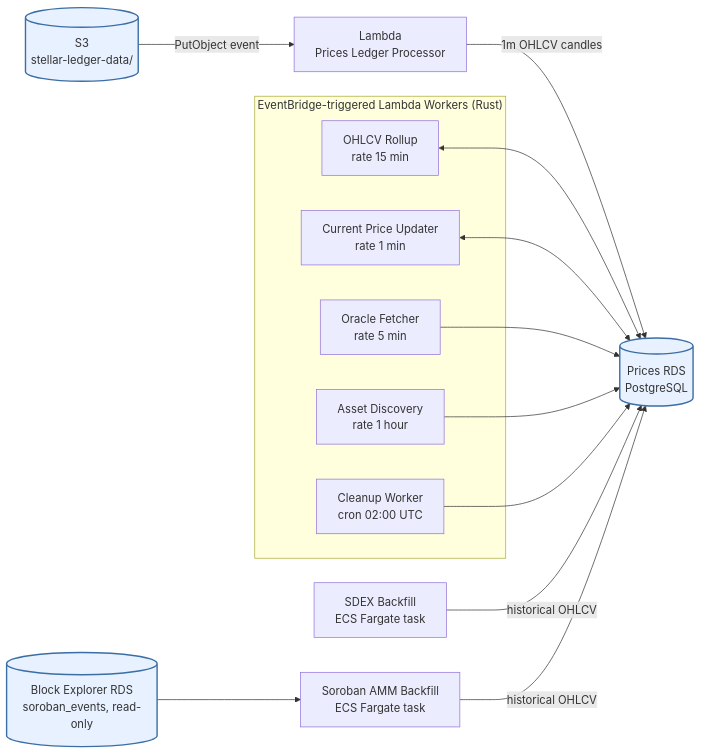
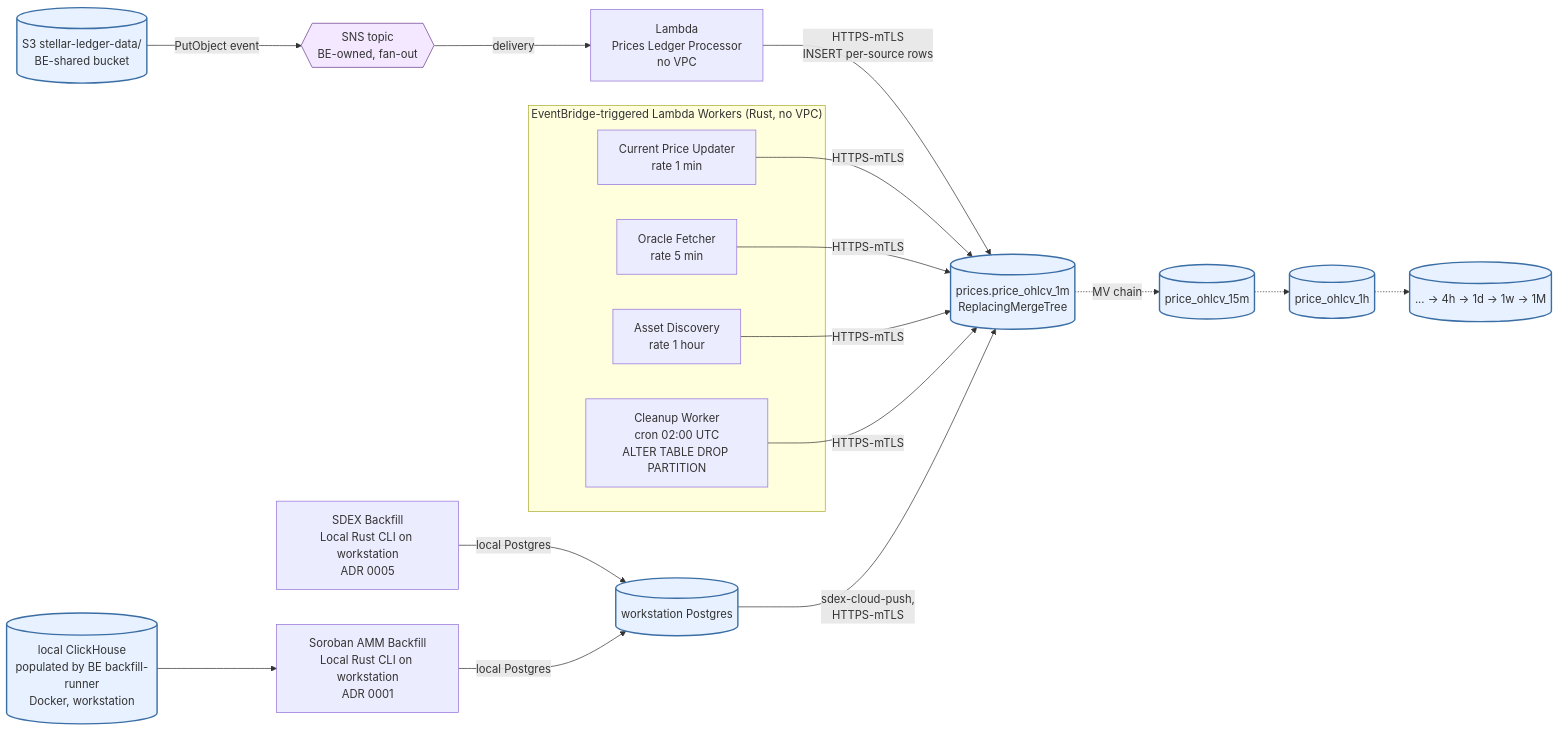
Before and after one commit to rumblefishdev/stellar-prices-api: the second of 13 diagrams in docs/database-schema/database-schema-overview.md, drawn with Mermaid. The commit also changed other lines of this file and 2 other files, not shown here.

First line of the commit message:
docs(lore-0049): rewrite database-schema/ for ADR 0007 (Hetzner CH)

````diff
--- a/docs/database-schema/database-schema-overview.md
+++ b/docs/database-schema/database-schema-overview.md
@@ -72,26 +96,31 @@
 ```mermaid
 flowchart LR
-    S3[(S3<br/>stellar-ledger-data/)] -->|PutObject event| PLP[Lambda<br/>Prices Ledger Processor]
-    PLP -->|1m OHLCV candles| RDS[(Prices RDS<br/>PostgreSQL)]
+    S3[(S3 stellar-ledger-data/<br/>BE-shared bucket)] -->|PutObject event| SNS{{SNS topic<br/>BE-owned, fan-out}}
+    SNS -->|delivery| PLP[Lambda<br/>Prices Ledger Processor<br/>no VPC]
+    PLP -->|HTTPS-mTLS<br/>INSERT per-source rows| CH[(prices.price_ohlcv_1m<br/>ReplacingMergeTree)]
+    CH -.->|MV chain| CH15[(price_ohlcv_15m)]
+    CH15 -.-> CH1h[(price_ohlcv_1h)]
+    CH1h -.-> CHRollups[(... → 4h → 1d → 1w → 1M)]
 
-    subgraph EB["EventBridge-triggered Lambda Workers (Rust)"]
-        Rollup[OHLCV Rollup<br/>rate 15 min]
+    subgraph EB["EventBridge-triggered Lambda Workers (Rust, no VPC)"]
         CPU[Current Price Updater<br/>rate 1 min]
         Oracle[Oracle Fetcher<br/>rate 5 min]
         AD[Asset Discovery<br/>rate 1 hour]
-        Cleanup[Cleanup Worker<br/>cron 02:00 UTC]
+        Cleanup[Cleanup Worker<br/>cron 02:00 UTC<br/>ALTER TABLE DROP PARTITION]
     end
 
-    Rollup <--> RDS
-    CPU <--> RDS
-    Oracle --> RDS
-    AD --> RDS
-    Cleanup --> RDS
+    CPU -->|HTTPS-mTLS| CH
+    Oracle -->|HTTPS-mTLS| CH
+    AD -->|HTTPS-mTLS| CH
+    Cleanup -->|HTTPS-mTLS| CH
 
-    BFsdex[SDEX Backfill<br/>ECS Fargate task] -->|historical OHLCV| RDS
-    BFamm[Soroban AMM Backfill<br/>ECS Fargate task] -->|historical OHLCV| RDS
-    BEdb[(Block Explorer RDS<br/>soroban_events, read-only)] --> BFamm
+    BFsdex[SDEX Backfill<br/>Local Rust CLI on workstation<br/>ADR 0005] -->|local Postgres| LPG[(workstation Postgres)]
+    BFamm[Soroban AMM Backfill<br/>Local Rust CLI on workstation<br/>ADR 0001] -->|local Postgres| LPG
+    LPG -->|sdex-cloud-push,<br/>HTTPS-mTLS| CH
+    LCH[(local ClickHouse<br/>populated by BE backfill-runner<br/>Docker, workstation)] --> BFamm
 
     classDef store fill:#e8f1ff,stroke:#3a6ea5,stroke-width:2px;
-    class RDS,S3,BEdb store;
+    classDef external fill:#f3e8ff,stroke:#6a3a8a,stroke-width:1px;
+    class CH,CH15,CH1h,CHRollups,S3,LPG,LCH store;
+    class SNS external;
 ```
````
